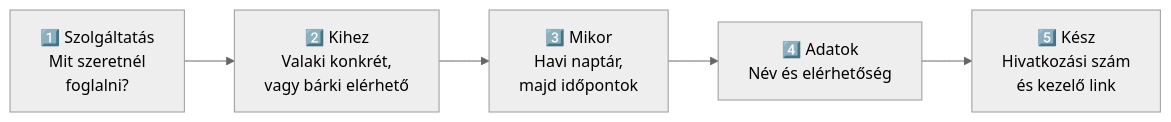
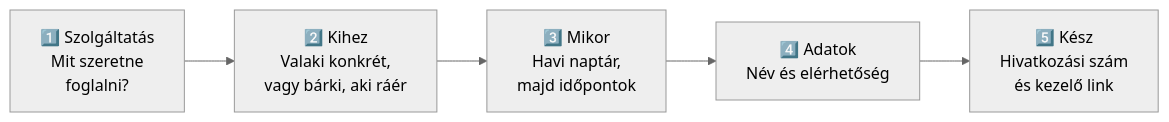
The fourth of 5 diagrams in docs/user-guide.hu.md (hbela/booking-and-more), drawn with Mermaid (neutral theme) before and after one commit. The commit also changed other lines of this file and 27 other files, not shown here.

````diff
--- a/docs/user-guide.hu.md
+++ b/docs/user-guide.hu.md
@@ -347,7 +413,7 @@
 ```mermaid
 flowchart LR
-    A[1️⃣ Szolgáltatás<br/>Mit szeretnél<br/>foglalni?] --> B[2️⃣ Kihez<br/>Valaki konkrét,<br/>vagy bárki elérhető]
+    A[1️⃣ Szolgáltatás<br/>Mit szeretne<br/>foglalni?] --> B[2️⃣ Kihez<br/>Valaki konkrét,<br/>vagy bárki, aki ráér]
     B --> C[3️⃣ Mikor<br/>Havi naptár,<br/>majd időpontok]
     C --> D[4️⃣ Adatok<br/>Név és elérhetőség]
     D --> E[5️⃣ Kész<br/>Hivatkozási szám<br/>és kezelő link]
 ```
````
